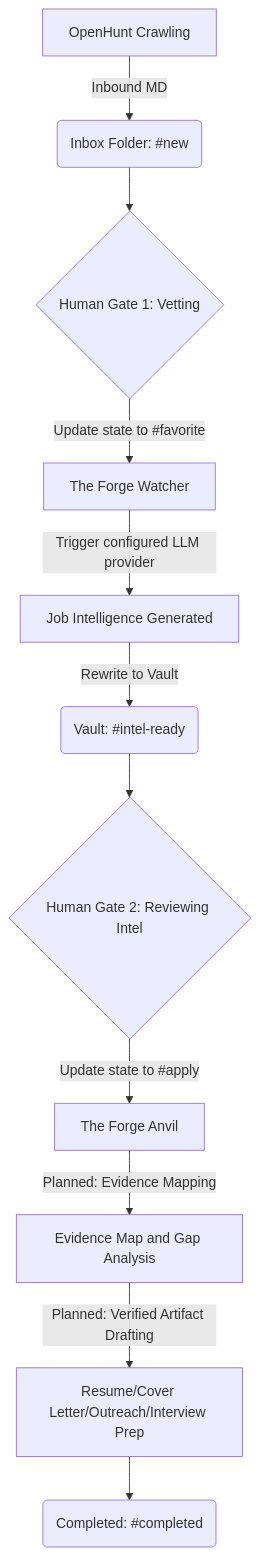
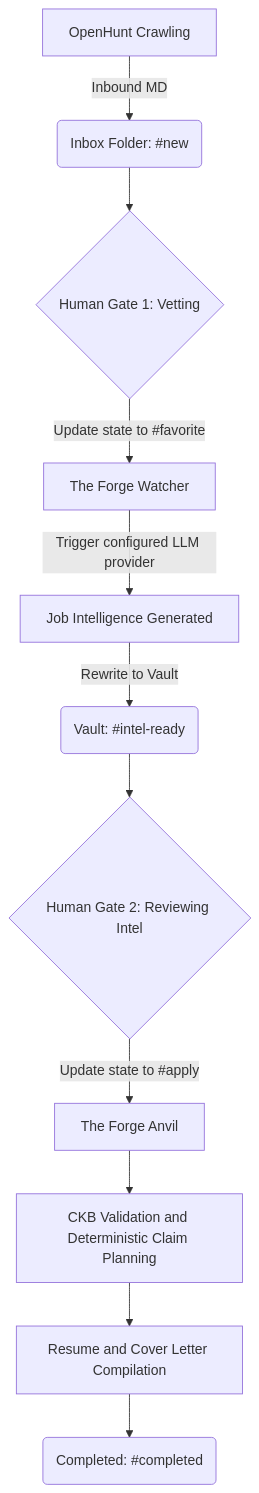
Before and after one commit to admbahm/theForge: the diagram in README.md, drawn with Mermaid. The commit also changed other lines of this file and 8 other files, not shown here.

````diff
--- a/README.md
+++ b/README.md
@@ -54,13 +56,13 @@
 ```mermaid
 graph TD
     A[OpenHunt Crawling] -->|Inbound MD| B(Inbox Folder: #new)
     B --> C{Human Gate 1: Vetting}
     C -->|Update state to #favorite| D[The Forge Watcher]
     D -->|Trigger configured LLM provider| E[Job Intelligence Generated]
     E -->|Rewrite to Vault| F(Vault: #intel-ready)
     F --> G{Human Gate 2: Reviewing Intel}
     G -->|Update state to #apply| H[The Forge Anvil]
-    H -->|Planned: Evidence Mapping| I[Evidence Map and Gap Analysis]
-    I -->|Planned: Verified Artifact Drafting| J[Resume/Cover Letter/Outreach/Interview Prep]
+    H --> I[CKB Validation and Deterministic Claim Planning]
+    I --> J[Resume and Cover Letter Compilation]
     J --> K(Completed: #completed)
 ```
````
